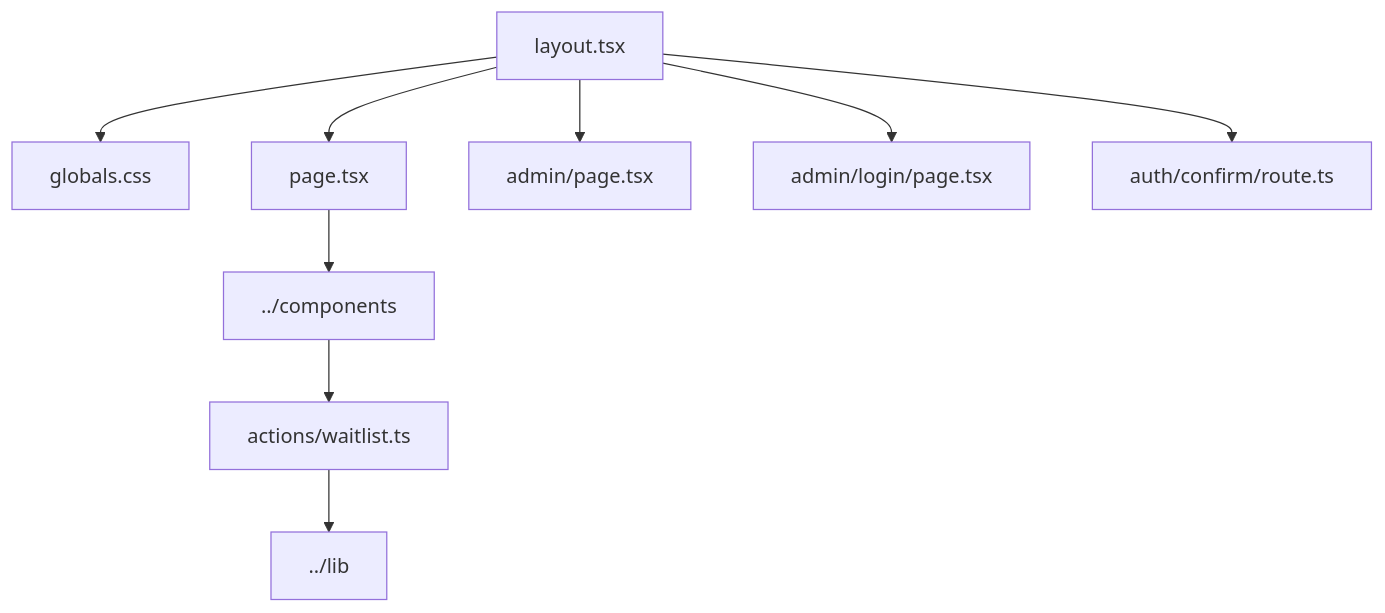
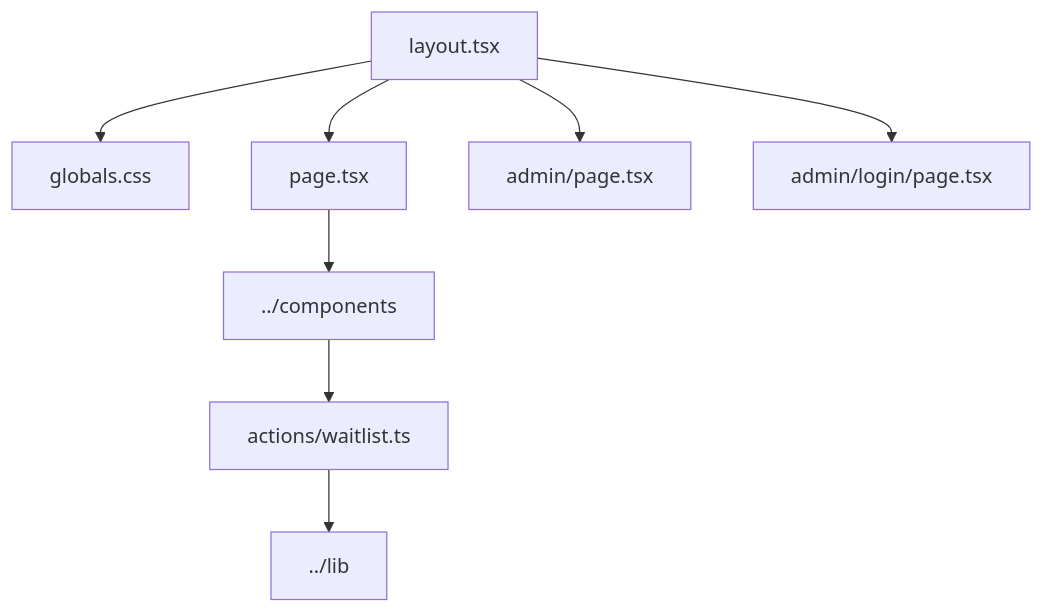
The diagram in app/README.md (KipianiNikoloz/FoodLoop), drawn with Mermaid before and after one commit. The commit also changed other lines of this file and 19 other files, not shown here.

````diff
--- a/app/README.md
+++ b/app/README.md
@@ -7,21 +7,19 @@
 ```mermaid
 flowchart TD
   Layout[layout.tsx]
   Globals[globals.css]
   Page[page.tsx]
   Admin[admin/page.tsx]
   AdminLogin[admin/login/page.tsx]
-  AuthConfirm[auth/confirm/route.ts]
   Actions[actions/waitlist.ts]
   Components[../components]
   Lib[../lib]
 
   Layout --> Globals
   Layout --> Page
   Layout --> Admin
   Layout --> AdminLogin
-  Layout --> AuthConfirm
   Page --> Components
   Components --> Actions
   Actions --> Lib
 ```
````
